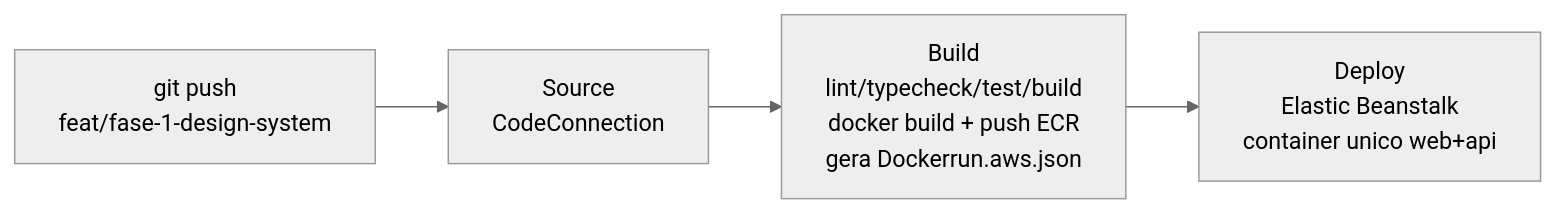
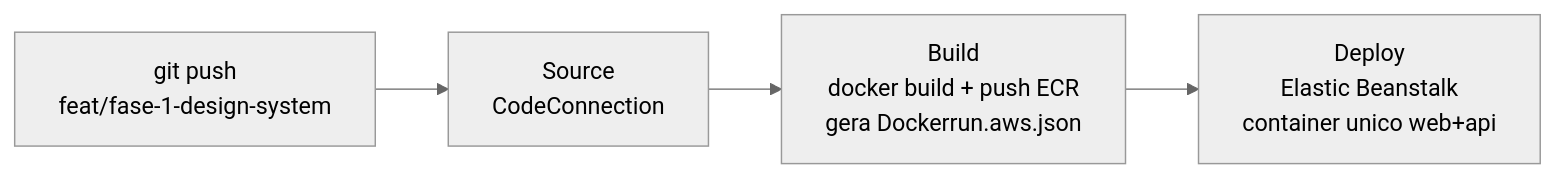
The fourth of 4 diagrams in docs/ARCHITECTURE.md (Fernando-Carilo/novo-site-selecon), drawn with Mermaid (neutral theme) before and after one commit. The commit also changed other lines of this file and 7 other files, not shown here.

````diff
--- a/docs/ARCHITECTURE.md
+++ b/docs/ARCHITECTURE.md
@@ -132,6 +132,6 @@
 ```mermaid
 flowchart LR
     Dev[git push\nfeat/fase-1-design-system] --> Source[Source\nCodeConnection]
-    Source --> Build[Build\nlint/typecheck/test/build\ndocker build + push ECR\ngera Dockerrun.aws.json]
+    Source --> Build[Build\ndocker build + push ECR\ngera Dockerrun.aws.json]
     Build --> Deploy[Deploy\nElastic Beanstalk\ncontainer unico web+api]
 ```
````
